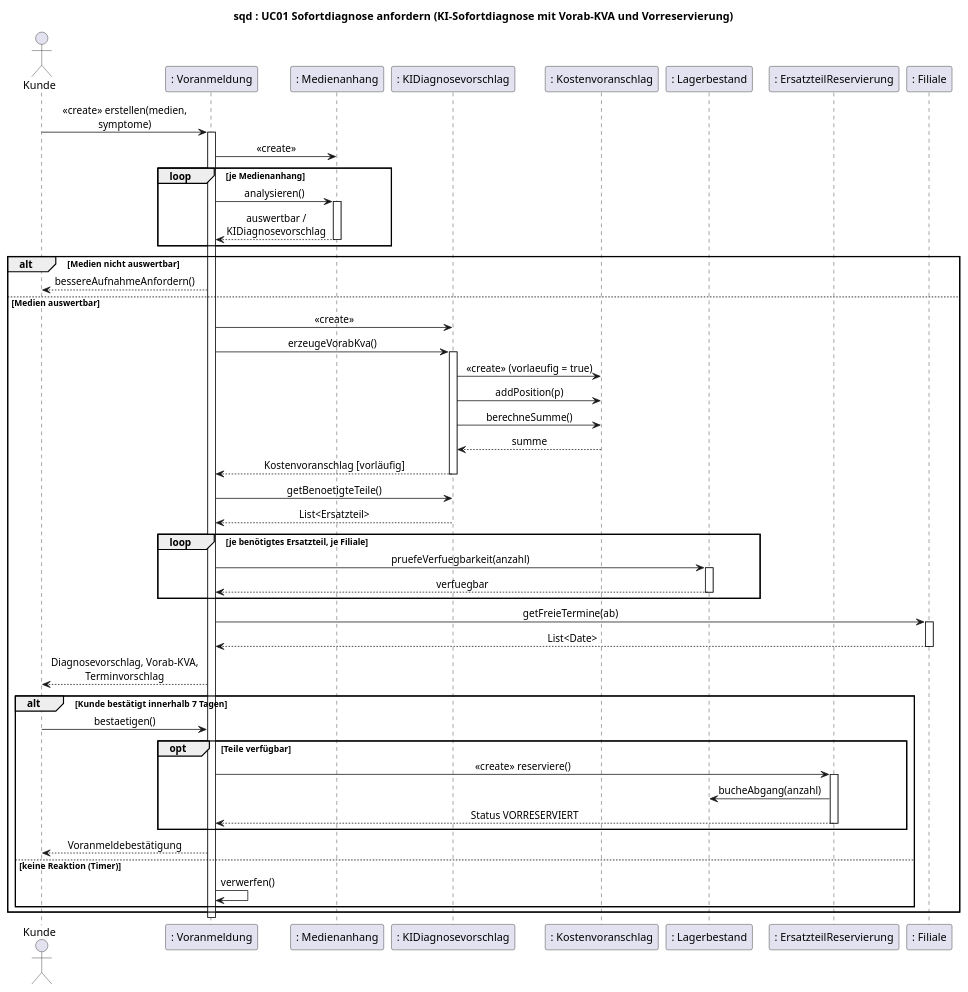
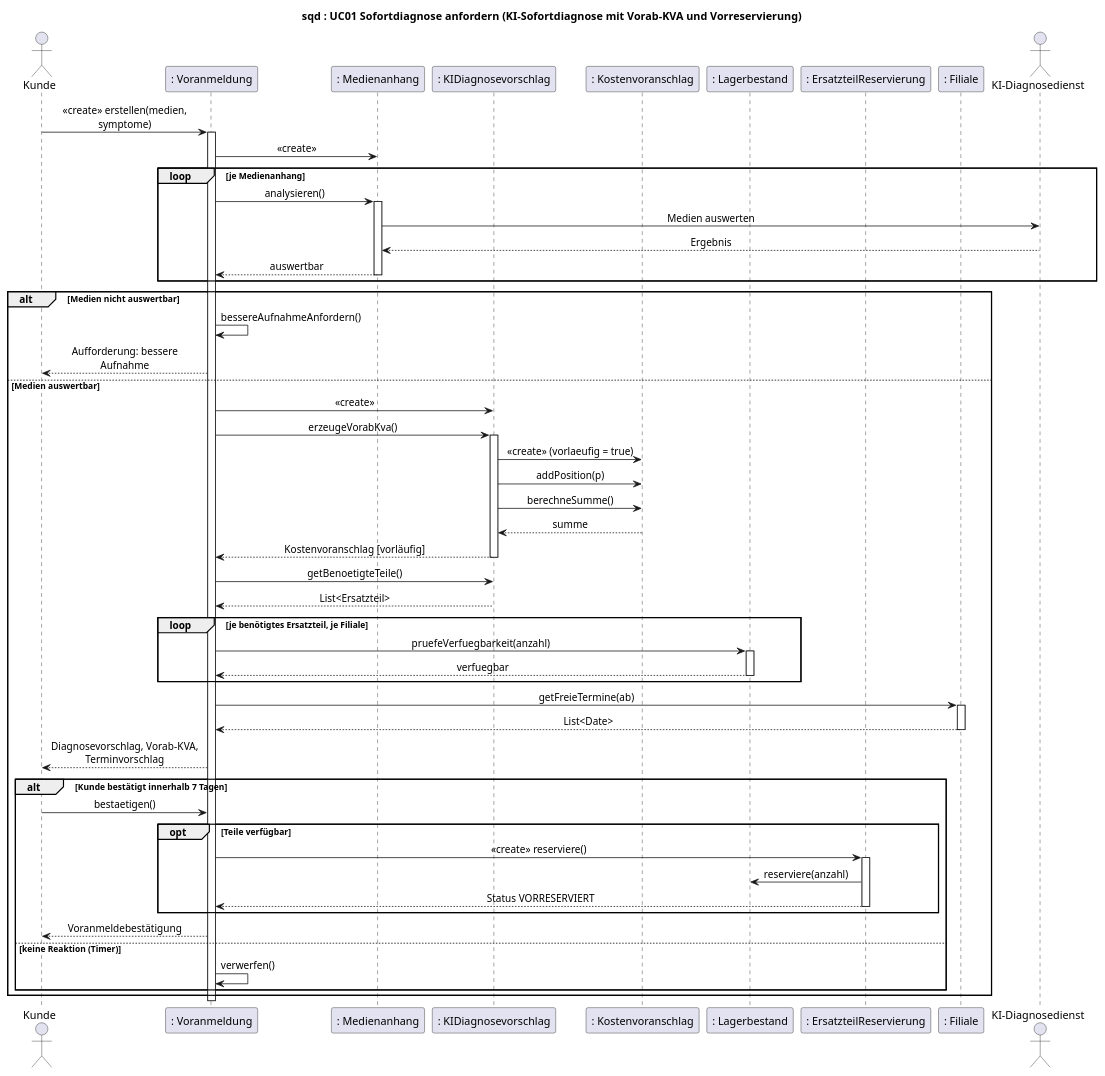
Before and after one commit to jakobschwan123-cmd/casestudy-semester-3: the diagram in uml/sequenz-01-sofortdiagnose.puml, drawn with PlantUML. The commit also changed 72 other files, not shown here.

```diff
--- a/uml/sequenz-01-sofortdiagnose.puml
+++ b/uml/sequenz-01-sofortdiagnose.puml
@@ -1,64 +1,68 @@
 @startuml
 title sqd : UC01 Sofortdiagnose anfordern (KI-Sofortdiagnose mit Vorab-KVA und Vorreservierung)
 skinparam defaultFontName Arial
 skinparam sequenceMessageAlign center
 skinparam maxMessageSize 200
 actor Kunde
 participant ": Voranmeldung" as VA
 participant ": Medienanhang" as MA
 participant ": KIDiagnosevorschlag" as KI
 participant ": Kostenvoranschlag" as KVA
 participant ": Lagerbestand" as LB
 participant ": ErsatzteilReservierung" as RES
 participant ": Filiale" as FIL
+actor "KI-Diagnosedienst" as KIDienst
 
 Kunde -> VA : <<create>> erstellen(medien, symptome)
 activate VA
 VA -> MA : <<create>>
 loop je Medienanhang
     VA -> MA : analysieren()
     activate MA
-    MA --> VA : auswertbar / KIDiagnosevorschlag
+    MA -> KIDienst : Medien auswerten
+    KIDienst --> MA : Ergebnis
+    MA --> VA : auswertbar
     deactivate MA
 end
 alt Medien nicht auswertbar
-    VA --> Kunde : bessereAufnahmeAnfordern()
+    VA -> VA : bessereAufnahmeAnfordern()
+    VA --> Kunde : Aufforderung: bessere Aufnahme
 else Medien auswertbar
     VA -> KI : <<create>>
     VA -> KI : erzeugeVorabKva()
     activate KI
     KI -> KVA : <<create>> (vorlaeufig = true)
     KI -> KVA : addPosition(p)
     KI -> KVA : berechneSumme()
     KVA --> KI : summe
     KI --> VA : Kostenvoranschlag [vorläufig]
     deactivate KI
     VA -> KI : getBenoetigteTeile()
     KI --> VA : List<Ersatzteil>
     loop je benötigtes Ersatzteil, je Filiale
         VA -> LB : pruefeVerfuegbarkeit(anzahl)
         activate LB
         LB --> VA : verfuegbar
         deactivate LB
     end
     VA -> FIL : getFreieTermine(ab)
     activate FIL
     FIL --> VA : List<Date>
     deactivate FIL
     VA --> Kunde : Diagnosevorschlag, Vorab-KVA, Terminvorschlag
     alt Kunde bestätigt innerhalb 7 Tagen
         Kunde -> VA : bestaetigen()
         opt Teile verfügbar
             VA -> RES : <<create>> reserviere()
             activate RES
-            RES -> LB : bucheAbgang(anzahl)
+            RES -> LB : reserviere(anzahl)
             RES --> VA : Status VORRESERVIERT
             deactivate RES
         end
         VA --> Kunde : Voranmeldebestätigung
     else keine Reaktion (Timer)
         VA -> VA : verwerfen()
     end
 end
 deactivate VA
 @enduml
```
